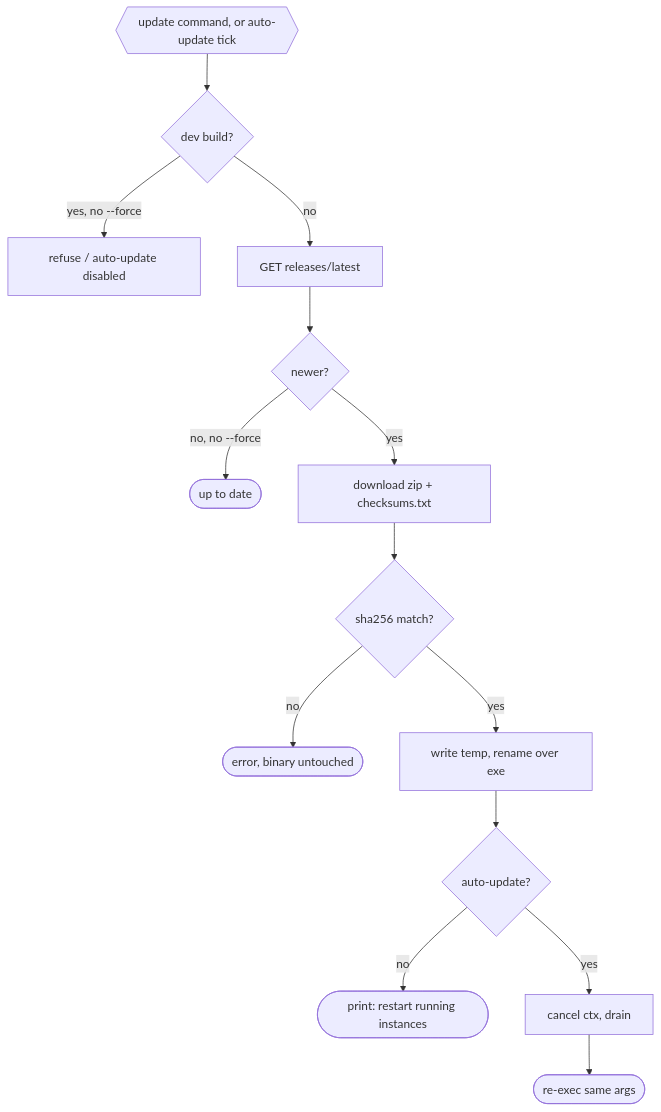
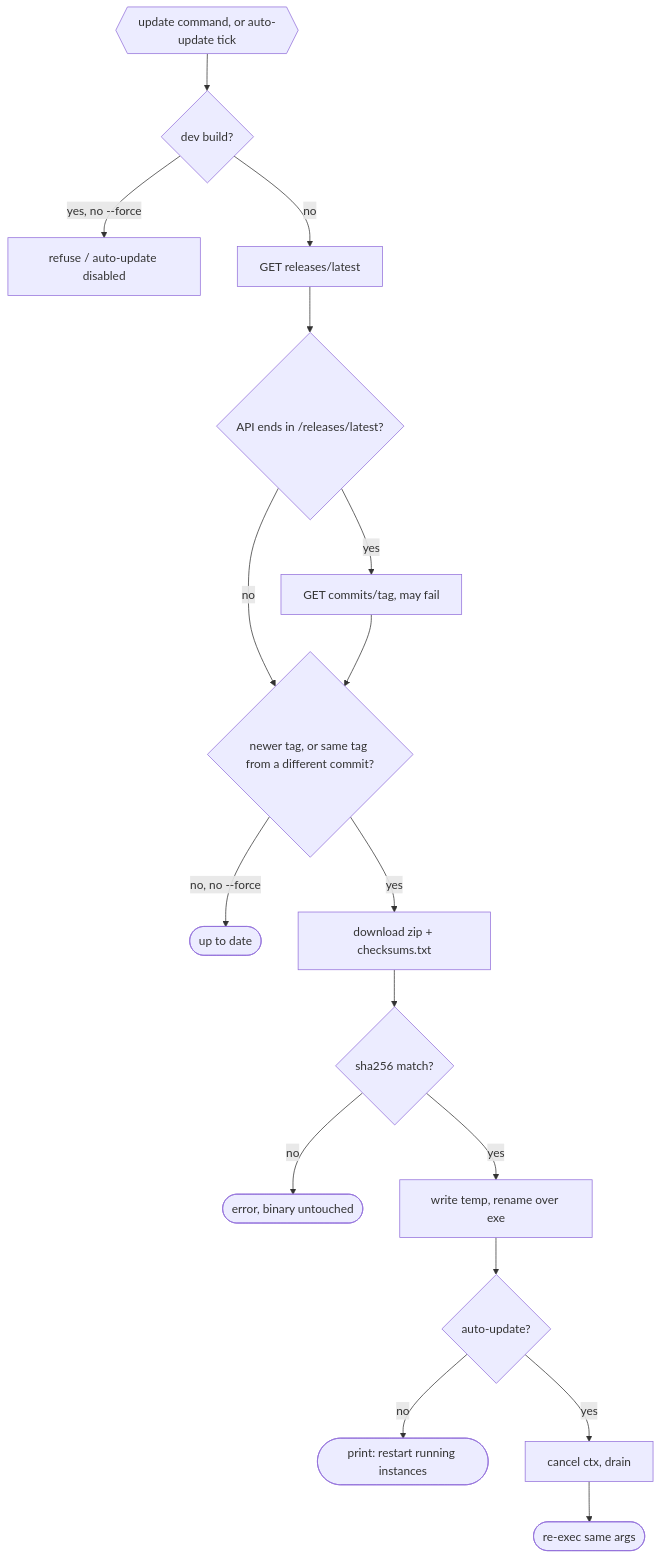
Before and after one commit to dimaskiddo/proxy-over-smtp: the third of 4 diagrams in docs/WORKFLOWS.md, drawn with Mermaid. The commit also changed other lines of this file and 35 other files, not shown here.

````diff
--- a/docs/WORKFLOWS.md
+++ b/docs/WORKFLOWS.md
@@ -96,15 +102,18 @@
 ```mermaid
 flowchart TD
     Trig{{"update command, or auto-update tick"}} --> Dev{dev build?}
     Dev -- "yes, no --force" --> Refuse[refuse / auto-update disabled]
     Dev -- no --> Latest[GET releases/latest]
-    Latest --> Newer{newer?}
+    Latest --> Sha{"API ends in /releases/latest?"}
+    Sha -- yes --> Commit[GET commits/tag, may fail]
+    Sha -- no --> Newer
+    Commit --> Newer{newer tag, or same tag from a different commit?}
     Newer -- "no, no --force" --> Done([up to date])
     Newer -- yes --> Dl[download zip + checksums.txt]
     Dl --> Sum{sha256 match?}
     Sum -- no --> Fail([error, binary untouched])
     Sum -- yes --> Swap[write temp, rename over exe]
     Swap --> Mode{auto-update?}
     Mode -- no --> Msg([print: restart running instances])
     Mode -- yes --> Cancel[cancel ctx, drain] --> Exec([re-exec same args])
 ```
````
